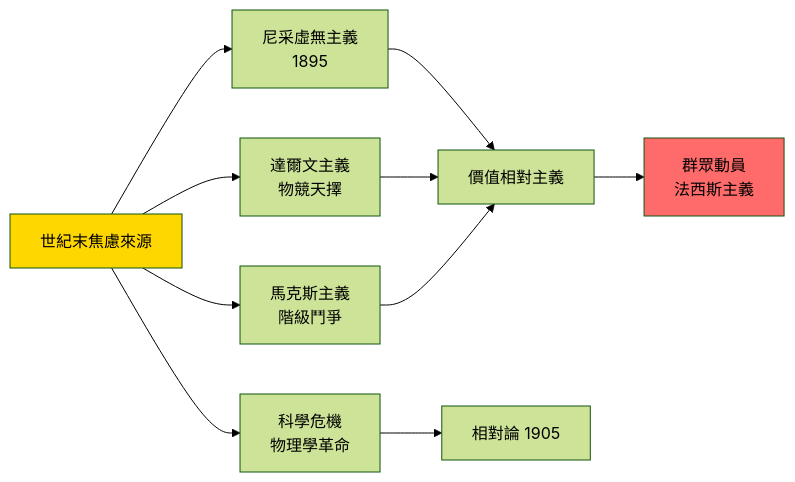
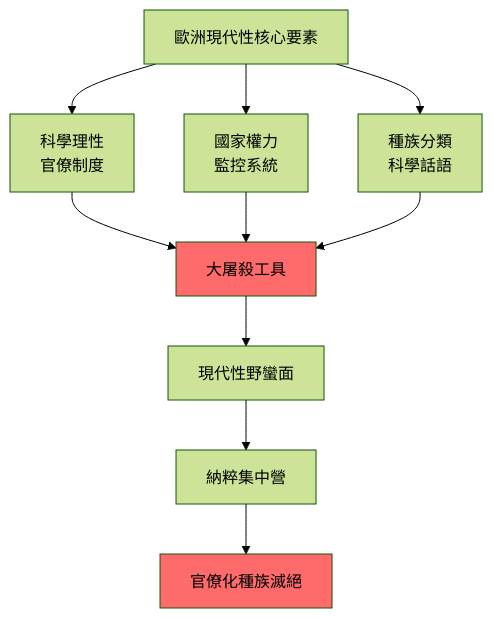
Before and after one commit to yip-lgtm/HKU-Harvard-History-Self-Study: the first of 10 diagrams in 01_HKU_Courses/HIST2063_Europe_and_modernity.md, drawn with Mermaid (forest theme). The commit also changed other lines of this file and 25 other files, not shown here.

````diff
--- a/01_HKU_Courses/HIST2063_Europe_and_modernity.md
+++ b/01_HKU_Courses/HIST2063_Europe_and_modernity.md
@@ -116,14 +127,14 @@
 ```mermaid
-graph LR
-    A["世紀末焦慮來源"] --> B["尼采虛無主義<br/>1895"]
-    A --> C["達爾文主義<br/>物競天擇"]
-    A --> D["馬克斯主義<br/>階級鬥爭"]
-    A --> E["科學危機<br/>物理學革命"]
-    B --> F["價值相對主義"]
-    C --> F
-    D --> F
-    E --> G["相對論 1905"]
-    F --> H["群眾動員<br/>法西斯主義"]
-    style A fill:#FFD700
+graph TD
+    A["歐洲現代性核心要素"] --> B["科學理性<br/>官僚制度"]
+    A --> C["國家權力<br/>監控系統"]
+    A --> D["種族分類<br/>科學話語"]
+    B --> E["大屠殺工具"]
+    C --> E
+    D --> E
+    E --> F["現代性野蠻面"]
+    F --> G["納粹集中營"]
+    G --> H["官僚化種族滅絕"]
+    style E fill:#FF6B6B
     style H fill:#FF6B6B
 ```
````
